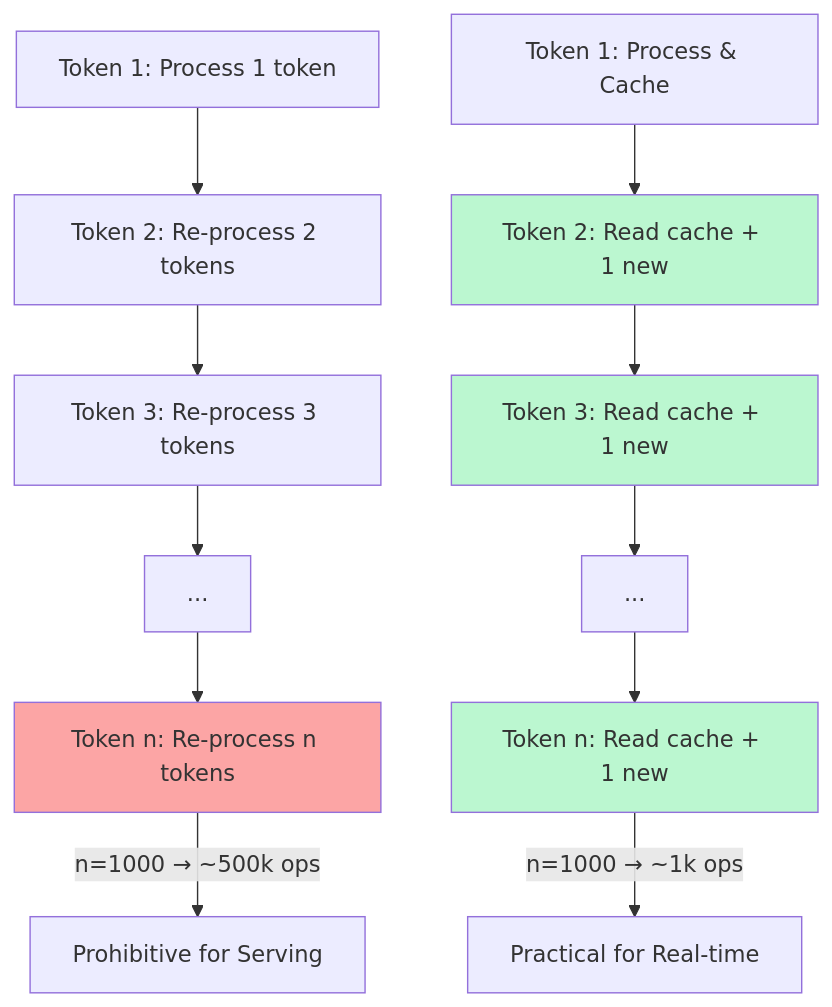
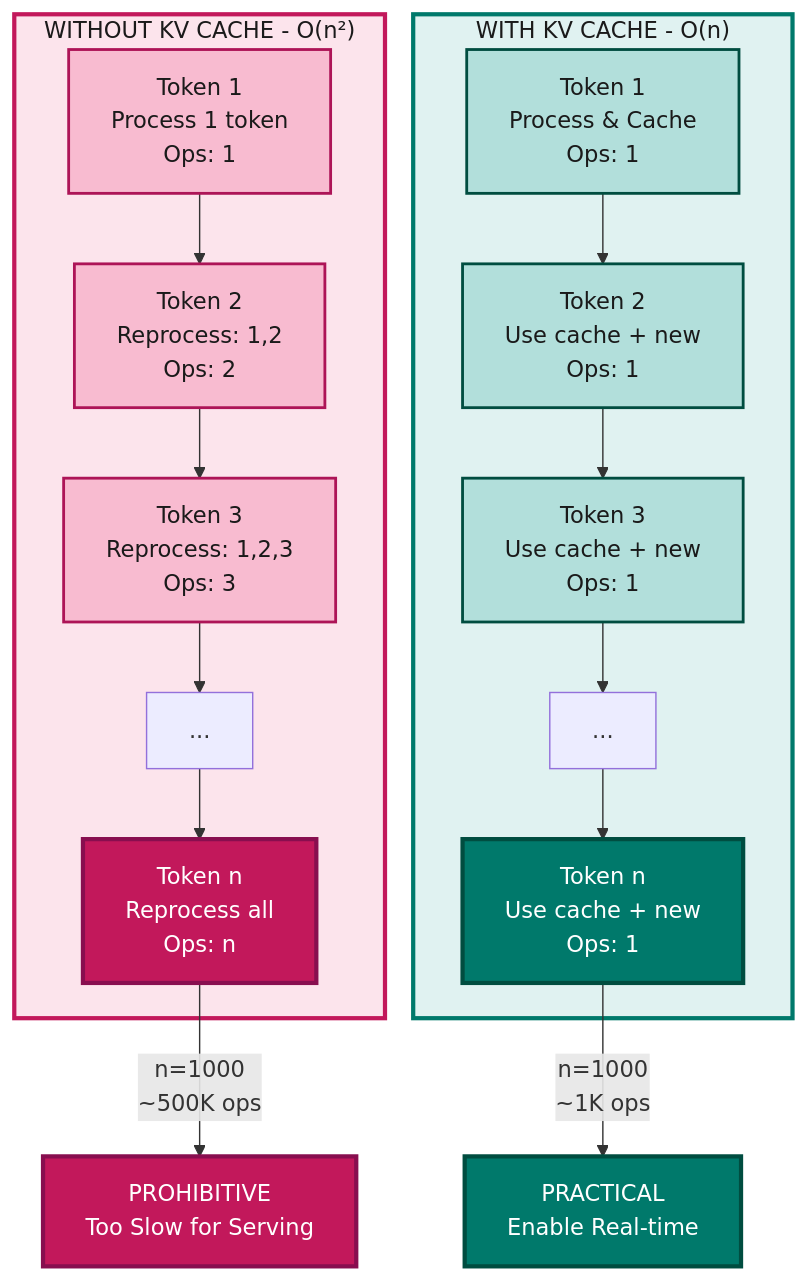
Before and after one commit to Shahriarin2garden/vllm_from_scratch: the first of 9 diagrams in lab0.3/README.md, drawn with Mermaid. The commit also changed other lines of this file, not shown here.

Commit message:
Enhance Lab 0.3 README with detailed diagrams for KV cache operations, memory fragmentation, and performance metrics

````diff
--- a/lab0.3/README.md
+++ b/lab0.3/README.md
@@ -77,20 +77,32 @@
 ```mermaid
 graph TD
-    NC1[Token 1: Process 1 token] --> NC2[Token 2: Re-process 2 tokens]
-    NC2 --> NC3[Token 3: Re-process 3 tokens]
-    NC3 --> NC4[...]
-    NC4 --> NC5[Token n: Re-process n tokens]
+    subgraph NO["WITHOUT KV CACHE - O(n²)"]
+        NC1["Token 1<br/>Process 1 token<br/>Ops: 1"] --> NC2["Token 2<br/>Reprocess: 1,2<br/>Ops: 2"]
+        NC2 --> NC3["Token 3<br/>Reprocess: 1,2,3<br/>Ops: 3"]
+        NC3 --> NC4["..."]
+        NC4 --> NC5["Token n<br/>Reprocess all<br/>Ops: n"]
+    end
     
-    WC1[Token 1: Process & Cache] --> WC2[Token 2: Read cache + 1 new]
-    WC2 --> WC3[Token 3: Read cache + 1 new]
-    WC3 --> WC4[...]
-    WC4 --> WC5[Token n: Read cache + 1 new]
+    subgraph YES["WITH KV CACHE - O(n)"]
+        WC1["Token 1<br/>Process & Cache<br/>Ops: 1"] --> WC2["Token 2<br/>Use cache + new<br/>Ops: 1"]
+        WC2 --> WC3["Token 3<br/>Use cache + new<br/>Ops: 1"]
+        WC3 --> WC4["..."]
+        WC4 --> WC5["Token n<br/>Use cache + new<br/>Ops: 1"]
+    end
     
-    NC5 -->|n=1000 → ~500k ops| Result1[Prohibitive for Serving]
-    WC5 -->|n=1000 → ~1k ops| Result2[Practical for Real-time]
+    NC5 -->|"n=1000<br/>~500K ops"| Result1["PROHIBITIVE<br/>Too Slow for Serving"]
+    WC5 -->|"n=1000<br/>~1K ops"| Result2["PRACTICAL<br/>Enable Real-time"]
     
-    style NC5 fill:#fca5a5
-    style WC2 fill:#bbf7d0
-    style WC3 fill:#bbf7d0
-    style WC5 fill:#bbf7d0
+    style NO fill:#fce4ec,stroke:#c2185b,stroke-width:3px,color:#1a1a1a
+    style YES fill:#e0f2f1,stroke:#00796b,stroke-width:3px,color:#1a1a1a
+    style NC1 fill:#f8bbd0,stroke:#ad1457,stroke-width:2px,color:#1a1a1a
+    style NC2 fill:#f8bbd0,stroke:#ad1457,stroke-width:2px,color:#1a1a1a
+    style NC3 fill:#f8bbd0,stroke:#ad1457,stroke-width:2px,color:#1a1a1a
+    style NC5 fill:#c2185b,color:#ffffff,stroke:#880e4f,stroke-width:3px
+    style WC1 fill:#b2dfdb,stroke:#004d40,stroke-width:2px,color:#1a1a1a
+    style WC2 fill:#b2dfdb,stroke:#004d40,stroke-width:2px,color:#1a1a1a
+    style WC3 fill:#b2dfdb,stroke:#004d40,stroke-width:2px,color:#1a1a1a
+    style WC5 fill:#00796b,color:#ffffff,stroke:#004d40,stroke-width:3px
+    style Result1 fill:#c2185b,color:#ffffff,stroke:#880e4f,stroke-width:3px
+    style Result2 fill:#00796b,color:#ffffff,stroke:#004d40,stroke-width:3px
 ```
````
